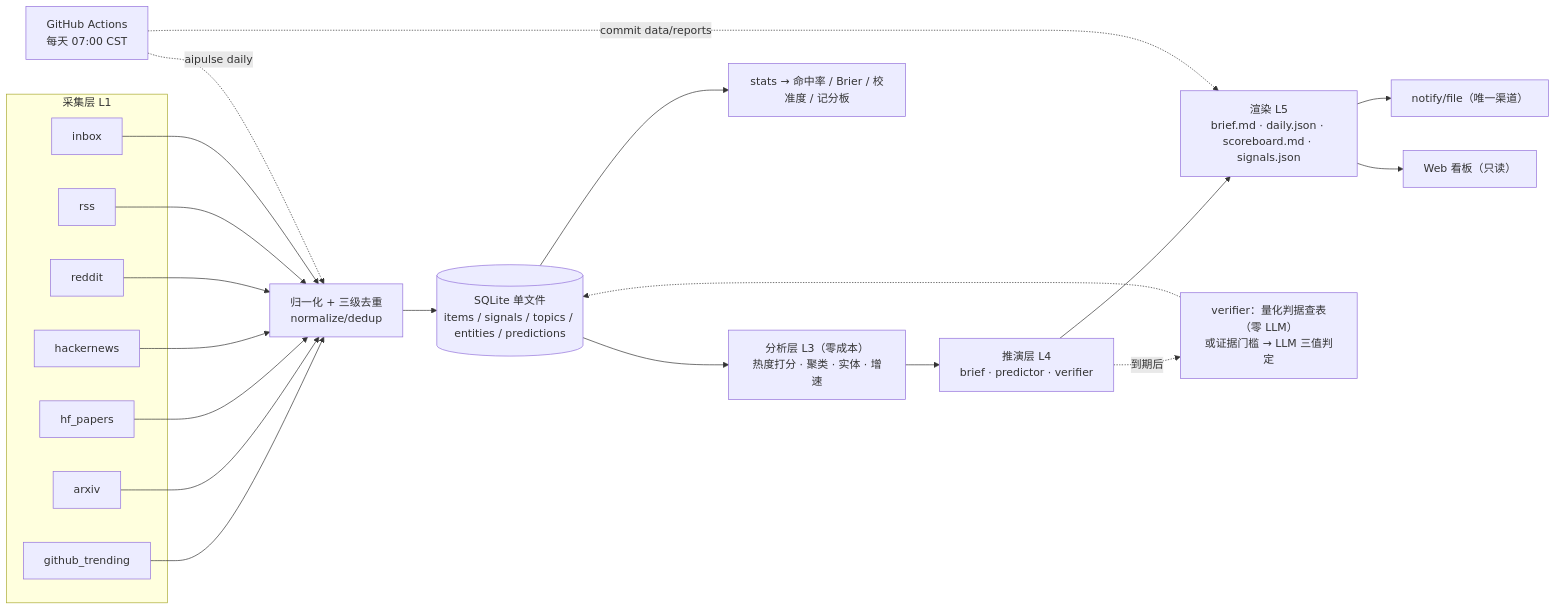
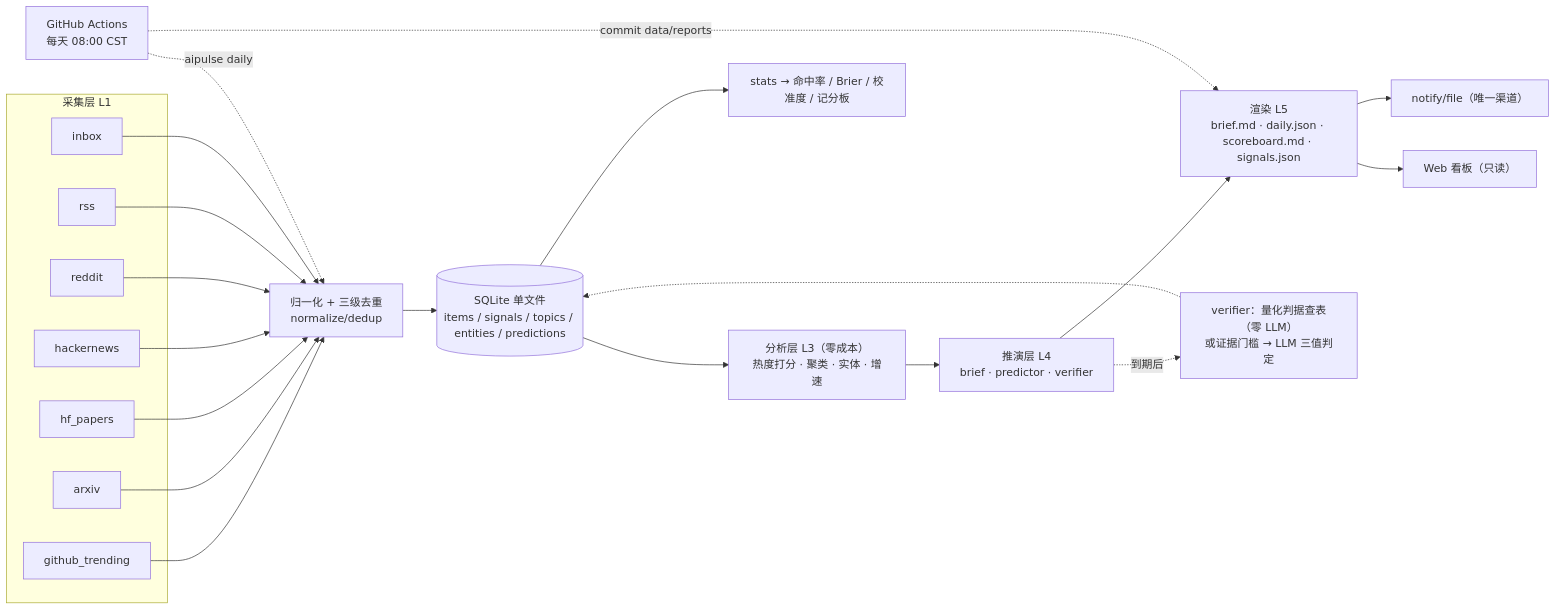
The diagram in README.md (tochikoma777/aipulse), drawn with Mermaid before and after one commit. The commit also changed other lines of this file, not shown here.

````diff
--- a/README.md
+++ b/README.md
@@ -118,18 +118,18 @@
 ```mermaid
 flowchart LR
     subgraph 采集["采集层 L1"]
         A1[github_trending] & A2[arxiv] & A3[hf_papers] & A4[hackernews] & A5[reddit] & A6[rss] & A7[inbox]
     end
     A1 & A2 & A3 & A4 & A5 & A6 & A7 --> N["归一化 + 三级去重<br/>normalize/dedup"]
     N --> DB[("SQLite 单文件<br/>items / signals / topics / entities / predictions")]
     DB --> AN["分析层 L3（零成本）<br/>热度打分 · 聚类 · 实体 · 增速"]
     AN --> R["推演层 L4<br/>brief · predictor · verifier"]
     R --> OUT["渲染 L5<br/>brief.md · daily.json · scoreboard.md · signals.json"]
     OUT --> NO["notify/file（唯一渠道）"]
     OUT --> WEB["Web 看板（只读）"]
     R -.->|"到期后"| V["verifier：量化判据查表（零 LLM）<br/>或证据门槛 → LLM 三值判定"] -.-> DB
     DB --> ST["stats → 命中率 / Brier / 校准度 / 记分板"]
 
-    GH["GitHub Actions<br/>每天 07:00 CST"] -.->|"aipulse daily"| N
+    GH["GitHub Actions<br/>每天 08:00 CST"] -.->|"aipulse daily"| N
     GH -.->|"commit data/reports"| OUT
 ```
````
